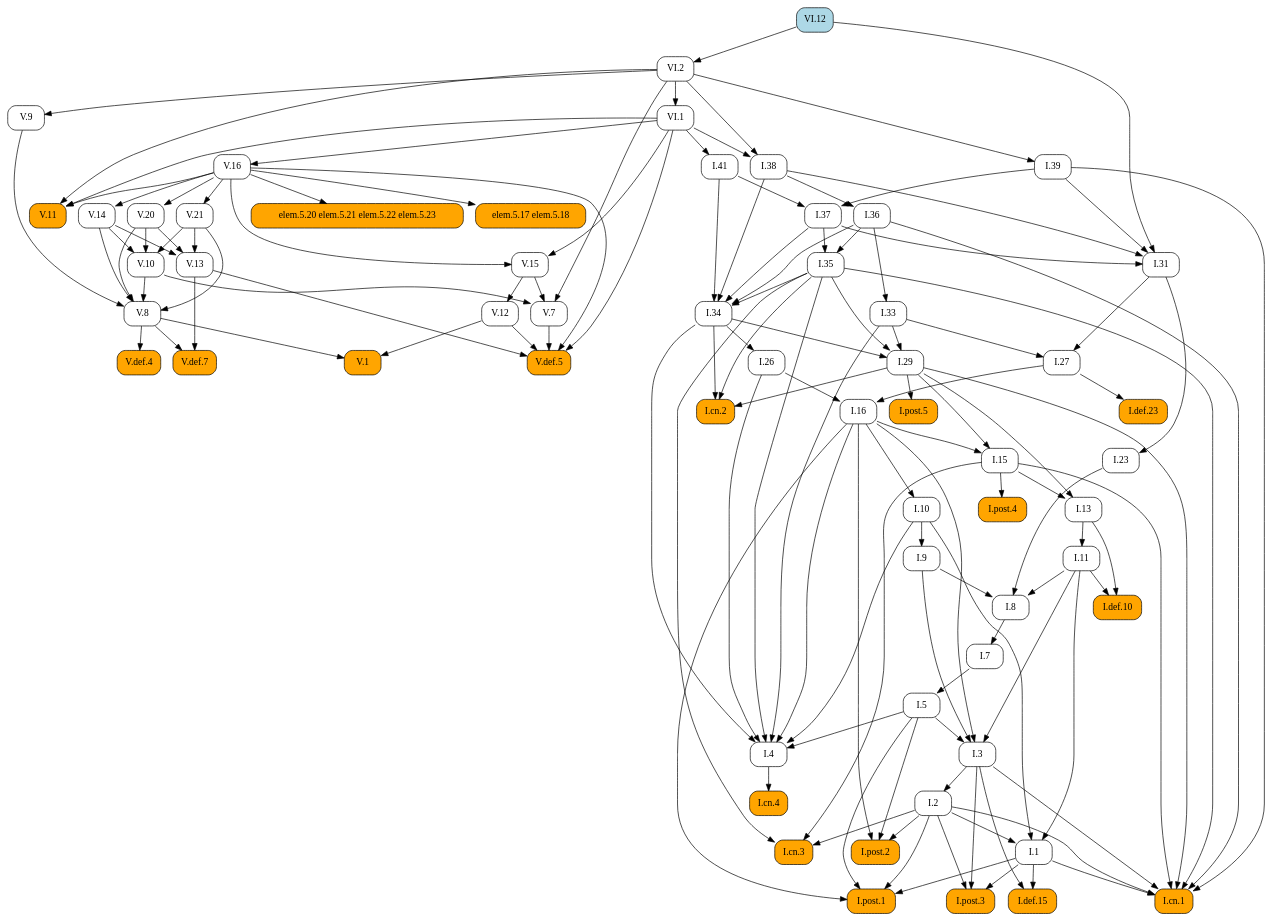
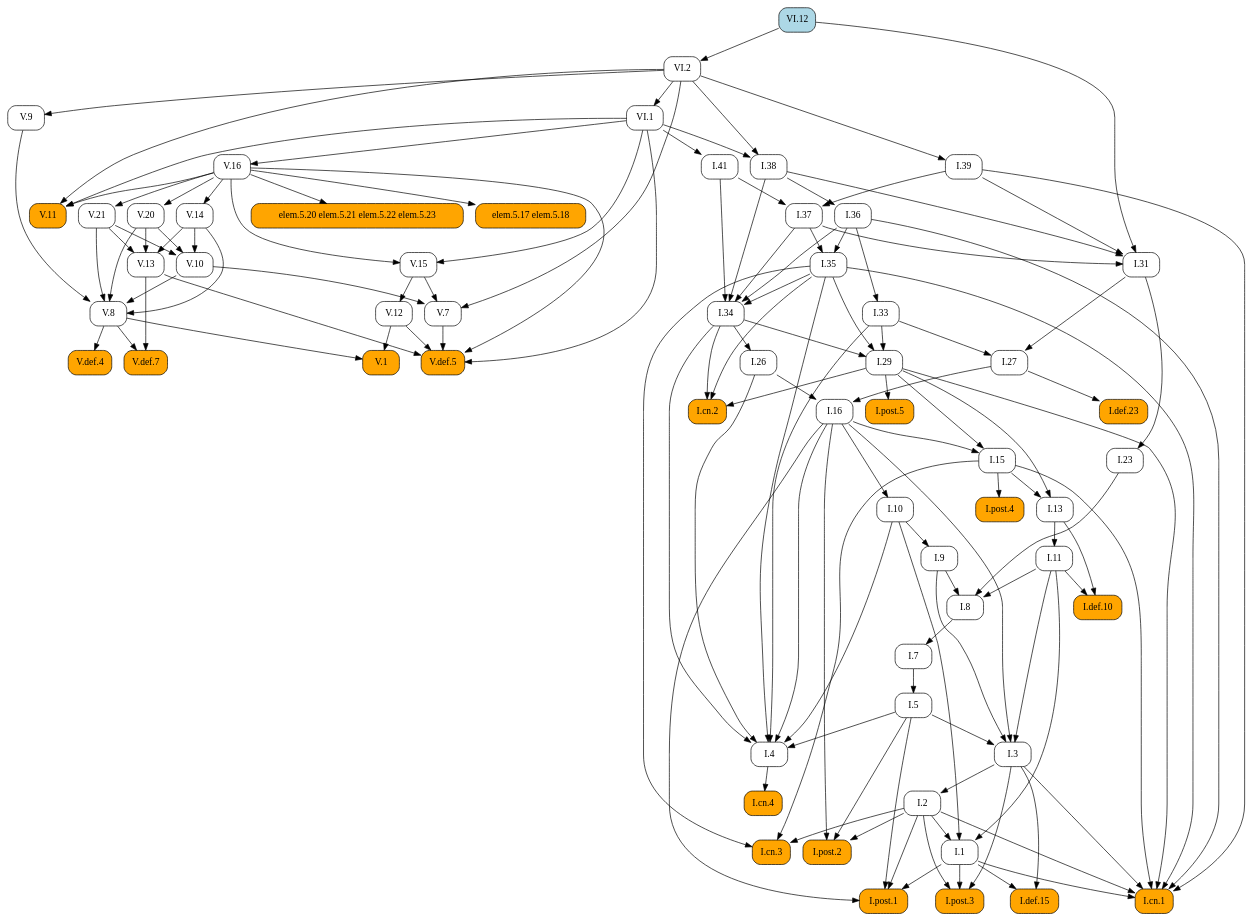
One commit to geometor/elements changed the diagram in docsrc/heath/VI/12/index.rst. Above: the diagram before and after it, drawn with Graphviz. The commit also changed other lines of this file and 1029 other files, not shown here.

```diff
--- a/docsrc/heath/VI/12/index.rst
+++ b/docsrc/heath/VI/12/index.rst
@@ -37,176 +37,106 @@
    digraph {
      rankdir="TB";
      node [shape=box, style=rounded];
+     "I.def.10" [style="rounded,filled", fillcolor=orange, URL="/heath/I/def.10/", target="_top"];
+     "I.11" [URL="/heath/I/11/", target="_top"];
+     "I.post.4" [style="rounded,filled", fillcolor=orange, URL="/heath/I/post.4/", target="_top"];
+     "I.1" [URL="/heath/I/1/", target="_top"];
+     "I.39" [URL="/heath/I/39/", target="_top"];
+     "I.26" [URL="/heath/I/26/", target="_top"];
+     "VI.12" [style="rounded,filled", fillcolor=lightblue, URL="/heath/VI/12/", target="_top"];
+     "V.14" [URL="/heath/V/14/", target="_top"];
+     "V.def.5" [style="rounded,filled", fillcolor=orange, URL="/heath/V/def.5/", target="_top"];
+     "I.29" [URL="/heath/I/29/", target="_top"];
+     "V.12" [URL="/heath/V/12/", target="_top"];
+     "I.cn.2" [style="rounded,filled", fillcolor=orange, URL="/heath/I/cn.2/", target="_top"];
+     "V.20" [URL="/heath/V/20/", target="_top"];
+     "V.10" [URL="/heath/V/10/", target="_top"];
+     "V.11" [style="rounded,filled", fillcolor=orange, URL="/heath/V/11/", target="_top"];
+     "VI.2" [URL="/heath/VI/2/", target="_top"];
+     "V.13" [URL="/heath/V/13/", target="_top"];
+     "I.def.15" [style="rounded,filled", fillcolor=orange, URL="/heath/I/def.15/", target="_top"];
+     "V.15" [URL="/heath/V/15/", target="_top"];
+     "VI.1" [URL="/heath/VI/1/", target="_top"];
+     "I.post.3" [style="rounded,filled", fillcolor=orange, URL="/heath/I/post.3/", target="_top"];
+     "I.cn.1" [style="rounded,filled", fillcolor=orange, URL="/heath/I/cn.1/", target="_top"];
+     "I.cn.3" [style="rounded,filled", fillcolor=orange, URL="/heath/I/cn.3/", target="_top"];
+     "V.7" [URL="/heath/V/7/", target="_top"];
+     "V.9" [URL="/heath/V/9/", target="_top"];
+     "V.16" [URL="/heath/V/16/", target="_top"];
+     "I.23" [URL="/heath/I/23/", target="_top"];
+     "I.post.1" [style="rounded,filled", fillcolor=orange, URL="/heath/I/post.1/", target="_top"];
+     "I.35" [URL="/heath/I/35/", target="_top"];
+     "I.36" [URL="/heath/I/36/", target="_top"];
+     "I.27" [URL="/heath/I/27/", target="_top"];
+     "V.8" [URL="/heath/V/8/", target="_top"];
+     "I.41" [URL="/heath/I/41/", target="_top"];
+     "I.37" [URL="/heath/I/37/", target="_top"];
+     "I.34" [URL="/heath/I/34/", target="_top"];
+     "I.7" [URL="/heath/I/7/", target="_top"];
+     "I.3" [URL="/heath/I/3/", target="_top"];
+     "I.2" [URL="/heath/I/2/", target="_top"];
+     "I.def.23" [style="rounded,filled", fillcolor=orange, URL="/heath/I/def.23/", target="_top"];
+     "I.4" [URL="/heath/I/4/", target="_top"];
+     "I.13" [URL="/heath/I/13/", target="_top"];
+     "I.33" [URL="/heath/I/33/", target="_top"];
+     "I.31" [URL="/heath/I/31/", target="_top"];
+     "I.post.2" [style="rounded,filled", fillcolor=orange, URL="/heath/I/post.2/", target="_top"];
      "V.1" [style="rounded,filled", fillcolor=orange, URL="/heath/V/1/", target="_top"];
-     "I.cn.3" [style="rounded,filled", fillcolor=orange, URL="/heath/I/cn.3/", target="_top"];
-     "I.7" [URL="/heath/I/7/", target="_top"];
-     "I.29" [URL="/heath/I/29/", target="_top"];
-     "I.27" [URL="/heath/I/27/", target="_top"];
+     "I.16" [URL="/heath/I/16/", target="_top"];
+     "elem.5.20 elem.5.21 elem.5.22 elem.5.23" [style="rounded,filled", fillcolor=orange];
+     "elem.5.17 elem.5.18" [style="rounded,filled", fillcolor=orange];
+     "I.9" [URL="/heath/I/9/", target="_top"];
+     "I.8" [URL="/heath/I/8/", target="_top"];
+     "V.def.4" [style="rounded,filled", fillcolor=orange, URL="/heath/V/def.4/", target="_top"];
+     "I.cn.4" [style="rounded,filled", fillcolor=orange, URL="/heath/I/cn.4/", target="_top"];
+     "I.15" [URL="/heath/I/15/", target="_top"];
+     "I.post.5" [style="rounded,filled", fillcolor=orange, URL="/heath/I/post.5/", target="_top"];
      "I.38" [URL="/heath/I/38/", target="_top"];
-     "I.def.23" [style="rounded,filled", fillcolor=orange, URL="/heath/I/def.23/", target="_top"];
-     "I.37" [URL="/heath/I/37/", target="_top"];
-     "V.15" [URL="/heath/V/15/", target="_top"];
-     "I.34" [URL="/heath/I/34/", target="_top"];
-     "V.16" [URL="/heath/V/16/", target="_top"];
-     "I.8" [URL="/heath/I/8/", target="_top"];
-     "V.20" [URL="/heath/V/20/", target="_top"];
-     "I.9" [URL="/heath/I/9/", target="_top"];
-     "V.def.4" [style="rounded,filled", fillcolor=orange, URL="/heath/V/def.4/", target="_top"];
+     "V.def.7" [style="rounded,filled", fillcolor=orange, URL="/heath/V/def.7/", target="_top"];
+     "I.10" [URL="/heath/I/10/", target="_top"];
+     "I.5" [URL="/heath/I/5/", target="_top"];
      "V.21" [URL="/heath/V/21/", target="_top"];
-     "V.8" [URL="/heath/V/8/", target="_top"];
-     "I.post.4" [style="rounded,filled", fillcolor=orange, URL="/heath/I/post.4/", target="_top"];
-     "I.2" [URL="/heath/I/2/", target="_top"];
-     "V.7" [URL="/heath/V/7/", target="_top"];
-     "I.1" [URL="/heath/I/1/", target="_top"];
-     "I.def.15" [style="rounded,filled", fillcolor=orange, URL="/heath/I/def.15/", target="_top"];
-     "I.post.1" [style="rounded,filled", fillcolor=orange, URL="/heath/I/post.1/", target="_top"];
-     "V.13" [URL="/heath/V/13/", target="_top"];
-     "I.cn.4" [style="rounded,filled", fillcolor=orange, URL="/heath/I/cn.4/", target="_top"];
-     "I.26" [URL="/heath/I/26/", target="_top"];
-     "I.33" [URL="/heath/I/33/", target="_top"];
-     "VI.2" [URL="/heath/VI/2/", target="_top"];
-     "V.def.7" [style="rounded,filled", fillcolor=orange, URL="/heath/V/def.7/", target="_top"];
-     "I.39" [URL="/heath/I/39/", target="_top"];
-     "elem.5.20 elem.5.21 elem.5.22 elem.5.23" [style="rounded,filled", fillcolor=orange];
-     "I.23" [URL="/heath/I/23/", target="_top"];
-     "I.13" [URL="/heath/I/13/", target="_top"];
-     "I.cn.2" [style="rounded,filled", fillcolor=orange, URL="/heath/I/cn.2/", target="_top"];
-     "I.5" [URL="/heath/I/5/", target="_top"];
-     "I.11" [URL="/heath/I/11/", target="_top"];
-     "V.10" [URL="/heath/V/10/", target="_top"];
-     "I.10" [URL="/heath/I/10/", target="_top"];
-     "I.4" [URL="/heath/I/4/", target="_top"];
-     "I.3" [URL="/heath/I/3/", target="_top"];
-     "I.16" [URL="/heath/I/16/", target="_top"];
-     "I.31" [URL="/heath/I/31/", target="_top"];
-     "I.def.10" [style="rounded,filled", fillcolor=orange, URL="/heath/I/def.10/", target="_top"];
-     "V.11" [style="rounded,filled", fillcolor=orange, URL="/heath/V/11/", target="_top"];
-     "I.post.2" [style="rounded,filled", fillcolor=orange, URL="/heath/I/post.2/", target="_top"];
-     "VI.12" [style="rounded,filled", fillcolor=lightblue, URL="/heath/VI/12/", target="_top"];
-     "I.post.3" [style="rounded,filled", fillcolor=orange, URL="/heath/I/post.3/", target="_top"];
-     "VI.1" [URL="/heath/VI/1/", target="_top"];
-     "V.9" [URL="/heath/V/9/", target="_top"];
-     "I.post.5" [style="rounded,filled", fillcolor=orange, URL="/heath/I/post.5/", target="_top"];
-     "elem.5.17 elem.5.18" [style="rounded,filled", fillcolor=orange];
-     "I.36" [URL="/heath/I/36/", target="_top"];
-     "I.35" [URL="/heath/I/35/", target="_top"];
-     "V.12" [URL="/heath/V/12/", target="_top"];
-     "I.15" [URL="/heath/I/15/", target="_top"];
-     "I.cn.1" [style="rounded,filled", fillcolor=orange, URL="/heath/I/cn.1/", target="_top"];
-     "I.41" [URL="/heath/I/41/", target="_top"];
-     "V.def.5" [style="rounded,filled", fillcolor=orange, URL="/heath/V/def.5/", target="_top"];
-     "V.14" [URL="/heath/V/14/", target="_top"];
-     "V.8" -> "V.1";
-     "V.12" -> "V.1";
-     "I.2" -> "I.cn.3";
-     "I.15" -> "I.cn.3";
-     "I.35" -> "I.cn.3";
-     "I.8" -> "I.7";
+     "I.11" -> "I.def.10";
+     "I.13" -> "I.def.10";
+     "I.13" -> "I.11";
+     "I.15" -> "I.post.4";
+     "I.2" -> "I.1";
+     "I.10" -> "I.1";
+     "I.11" -> "I.1";
+     "VI.2" -> "I.39";
+     "I.34" -> "I.26";
+     "V.16" -> "V.14";
+     "V.7" -> "V.def.5";
+     "V.12" -> "V.def.5";
+     "V.13" -> "V.def.5";
+     "V.16" -> "V.def.5";
+     "VI.1" -> "V.def.5";
      "I.33" -> "I.29";
      "I.34" -> "I.29";
      "I.35" -> "I.29";
-     "I.31" -> "I.27";
-     "I.33" -> "I.27";
-     "VI.1" -> "I.38";
-     "VI.2" -> "I.38";
-     "I.27" -> "I.def.23";
-     "I.39" -> "I.37";
-     "I.41" -> "I.37";
-     "V.16" -> "V.15";
-     "VI.1" -> "V.15";
-     "I.35" -> "I.34";
-     "I.36" -> "I.34";
-     "I.37" -> "I.34";
-     "I.38" -> "I.34";
-     "I.41" -> "I.34";
-     "VI.1" -> "V.16";
-     "I.9" -> "I.8";
-     "I.11" -> "I.8";
-     "I.23" -> "I.8";
+     "V.15" -> "V.12";
+     "I.29" -> "I.cn.2";
+     "I.34" -> "I.cn.2";
+     "I.35" -> "I.cn.2";
      "V.16" -> "V.20";
-     "I.10" -> "I.9";
-     "V.8" -> "V.def.4";
-     "V.16" -> "V.21";
-     "V.9" -> "V.8";
-     "V.10" -> "V.8";
-     "V.14" -> "V.8";
-     "V.20" -> "V.8";
-     "V.21" -> "V.8";
-     "I.15" -> "I.post.4";
-     "I.3" -> "I.2";
-     "V.10" -> "V.7";
-     "V.15" -> "V.7";
-     "VI.2" -> "V.7";
-     "I.2" -> "I.1";
-     "I.10" -> "I.1";
-     "I.11" -> "I.1";
-     "I.1" -> "I.def.15";
-     "I.3" -> "I.def.15";
-     "I.1" -> "I.post.1";
-     "I.2" -> "I.post.1";
-     "I.5" -> "I.post.1";
-     "I.16" -> "I.post.1";
+     "V.14" -> "V.10";
+     "V.20" -> "V.10";
+     "V.21" -> "V.10";
+     "V.16" -> "V.11";
+     "VI.1" -> "V.11";
+     "VI.2" -> "V.11";
+     "VI.12" -> "VI.2";
      "V.14" -> "V.13";
      "V.20" -> "V.13";
      "V.21" -> "V.13";
-     "I.4" -> "I.cn.4";
-     "I.34" -> "I.26";
-     "I.36" -> "I.33";
-     "VI.12" -> "VI.2";
-     "V.8" -> "V.def.7";
-     "V.13" -> "V.def.7";
-     "VI.2" -> "I.39";
-     "V.16" -> "elem.5.20 elem.5.21 elem.5.22 elem.5.23";
-     "I.31" -> "I.23";
-     "I.15" -> "I.13";
-     "I.29" -> "I.13";
-     "I.29" -> "I.cn.2";
-     "I.34" -> "I.cn.2";
-     "I.35" -> "I.cn.2";
-     "I.7" -> "I.5";
-     "I.13" -> "I.11";
-     "V.14" -> "V.10";
-     "V.20" -> "V.10";
-     "V.21" -> "V.10";
-     "I.16" -> "I.10";
-     "I.5" -> "I.4";
-     "I.10" -> "I.4";
-     "I.16" -> "I.4";
-     "I.26" -> "I.4";
-     "I.33" -> "I.4";
-     "I.34" -> "I.4";
-     "I.35" -> "I.4";
-     "I.5" -> "I.3";
-     "I.9" -> "I.3";
-     "I.11" -> "I.3";
-     "I.16" -> "I.3";
-     "I.26" -> "I.16";
-     "I.27" -> "I.16";
-     "I.37" -> "I.31";
-     "I.38" -> "I.31";
-     "I.39" -> "I.31";
-     "VI.12" -> "I.31";
-     "I.11" -> "I.def.10";
-     "I.13" -> "I.def.10";
-     "V.16" -> "V.11";
-     "VI.1" -> "V.11";
-     "VI.2" -> "V.11";
-     "I.2" -> "I.post.2";
-     "I.5" -> "I.post.2";
-     "I.16" -> "I.post.2";
+     "I.1" -> "I.def.15";
+     "I.3" -> "I.def.15";
+     "V.16" -> "V.15";
+     "VI.1" -> "V.15";
+     "VI.2" -> "VI.1";
      "I.1" -> "I.post.3";
      "I.2" -> "I.post.3";
      "I.3" -> "I.post.3";
-     "VI.2" -> "VI.1";
-     "VI.2" -> "V.9";
-     "I.29" -> "I.post.5";
-     "V.16" -> "elem.5.17 elem.5.18";
-     "I.38" -> "I.36";
-     "I.36" -> "I.35";
-     "I.37" -> "I.35";
-     "V.15" -> "V.12";
-     "I.16" -> "I.15";
-     "I.29" -> "I.15";
      "I.1" -> "I.cn.1";
      "I.2" -> "I.cn.1";
      "I.3" -> "I.cn.1";
@@ -215,11 +145,81 @@
      "I.35" -> "I.cn.1";
      "I.36" -> "I.cn.1";
      "I.39" -> "I.cn.1";
+     "I.2" -> "I.cn.3";
+     "I.15" -> "I.cn.3";
+     "I.35" -> "I.cn.3";
+     "V.10" -> "V.7";
+     "V.15" -> "V.7";
+     "VI.2" -> "V.7";
+     "VI.2" -> "V.9";
+     "VI.1" -> "V.16";
+     "I.31" -> "I.23";
+     "I.1" -> "I.post.1";
+     "I.2" -> "I.post.1";
+     "I.5" -> "I.post.1";
+     "I.16" -> "I.post.1";
+     "I.36" -> "I.35";
+     "I.37" -> "I.35";
+     "I.38" -> "I.36";
+     "I.31" -> "I.27";
+     "I.33" -> "I.27";
+     "V.9" -> "V.8";
+     "V.10" -> "V.8";
+     "V.14" -> "V.8";
+     "V.20" -> "V.8";
+     "V.21" -> "V.8";
      "VI.1" -> "I.41";
-     "V.7" -> "V.def.5";
-     "V.12" -> "V.def.5";
-     "V.13" -> "V.def.5";
-     "V.16" -> "V.def.5";
-     "VI.1" -> "V.def.5";
-     "V.16" -> "V.14";
+     "I.39" -> "I.37";
+     "I.41" -> "I.37";
+     "I.35" -> "I.34";
+     "I.36" -> "I.34";
+     "I.37" -> "I.34";
+     "I.38" -> "I.34";
+     "I.41" -> "I.34";
+     "I.8" -> "I.7";
+     "I.5" -> "I.3";
+     "I.9" -> "I.3";
+     "I.11" -> "I.3";
+     "I.16" -> "I.3";
+     "I.3" -> "I.2";
+     "I.27" -> "I.def.23";
+     "I.5" -> "I.4";
+     "I.10" -> "I.4";
+     "I.16" -> "I.4";
+     "I.26" -> "I.4";
+     "I.33" -> "I.4";
+     "I.34" -> "I.4";
+     "I.35" -> "I.4";
+     "I.15" -> "I.13";
+     "I.29" -> "I.13";
+     "I.36" -> "I.33";
+     "I.37" -> "I.31";
+     "I.38" -> "I.31";
+     "I.39" -> "I.31";
+     "VI.12" -> "I.31";
+     "I.2" -> "I.post.2";
+     "I.5" -> "I.post.2";
+     "I.16" -> "I.post.2";
+     "V.8" -> "V.1";
+     "V.12" -> "V.1";
+     "I.26" -> "I.16";
+     "I.27" -> "I.16";
+     "V.16" -> "elem.5.20 elem.5.21 elem.5.22 elem.5.23";
+     "V.16" -> "elem.5.17 elem.5.18";
+     "I.10" -> "I.9";
+     "I.9" -> "I.8";
+     "I.11" -> "I.8";
+     "I.23" -> "I.8";
+     "V.8" -> "V.def.4";
+     "I.4" -> "I.cn.4";
+     "I.16" -> "I.15";
+     "I.29" -> "I.15";
+     "I.29" -> "I.post.5";
+     "VI.1" -> "I.38";
+     "VI.2" -> "I.38";
+     "V.8" -> "V.def.7";
+     "V.13" -> "V.def.7";
+     "I.16" -> "I.10";
+     "I.7" -> "I.5";
+     "V.16" -> "V.21";
    }
```
